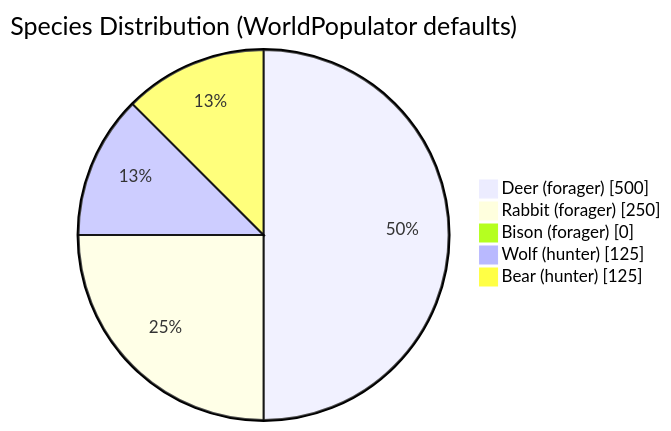
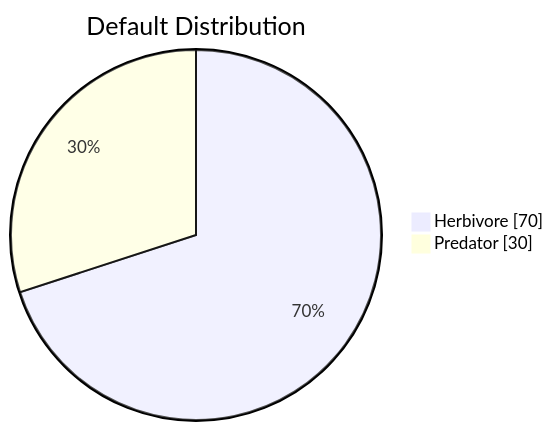
Before and after one commit to StevenGann/BiologyGame: the first of 4 diagrams in docs/animals.md, drawn with Mermaid. The commit also changed other lines of this file and 12 other files, not shown here.

````diff
--- a/docs/animals.md
+++ b/docs/animals.md
@@ -7,9 +9,6 @@
 ```mermaid
 pie showData
-    title Species Distribution (WorldPopulator defaults)
-    "Deer (forager)" : 500
-    "Rabbit (forager)" : 250
-    "Bison (forager)" : 0
-    "Wolf (hunter)" : 125
-    "Bear (hunter)" : 125
+    title Default Distribution
+    "Herbivore" : 70
+    "Predator" : 30
 ```
````
